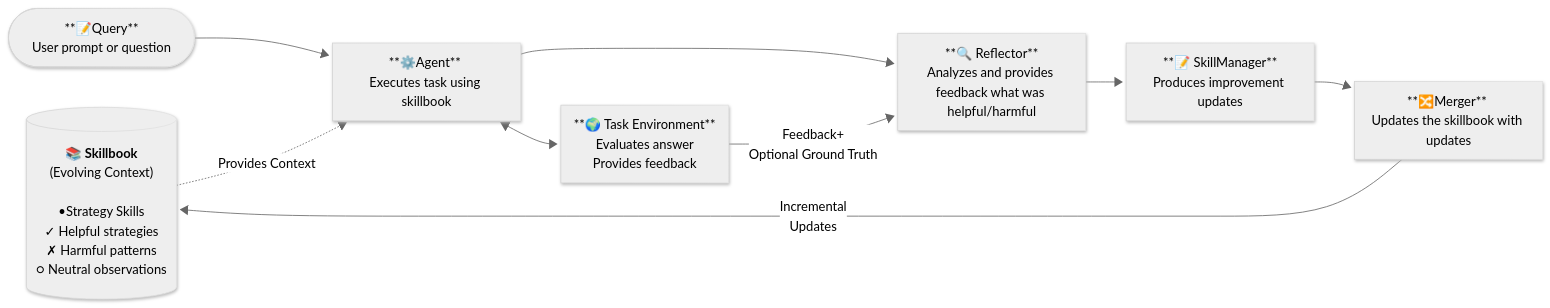
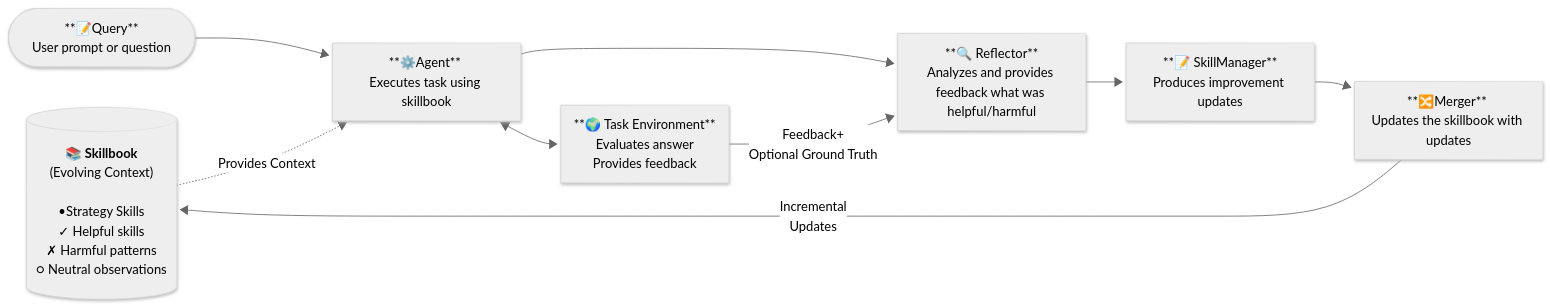
The diagram in README.md (kayba-ai/agentic-context-engine), drawn with Mermaid before and after one commit. The commit also changed other lines of this file, not shown here.

````diff
--- a/README.md
+++ b/README.md
@@ -200,18 +203,18 @@
 ```mermaid
 ---
 config:
   look: neo
   theme: neutral
 ---
 flowchart LR
-    Skillbook[("`**📚 Skillbook**<br>(Evolving Context)<br><br>•Strategy Skills<br> ✓ Helpful strategies <br>✗ Harmful patterns <br>○ Neutral observations`")]
+    Skillbook[("`**📚 Skillbook**<br>(Evolving Context)<br><br>•Strategy Skills<br> ✓ Helpful skills <br>✗ Harmful patterns <br>○ Neutral observations`")]
     Start(["**📝Query** <br>User prompt or question"]) --> Agent["**⚙️Agent** <br>Executes task using skillbook"]
     Agent --> Reflector
     Skillbook -. Provides Context .-> Agent
     Environment["**🌍 Task Environment**<br>Evaluates answer<br>Provides feedback"] -- Feedback+ <br>Optional Ground Truth --> Reflector
     Reflector["**🔍 Reflector**<br>Analyzes and provides feedback what was helpful/harmful"]
     Reflector --> SkillManager["**📝 SkillManager**<br>Produces improvement updates"]
     SkillManager --> UpdateOps["**🔀Merger** <br>Updates the skillbook with updates"]
     UpdateOps -- Incremental<br>Updates --> Skillbook
     Agent <--> Environment
 ```
````
